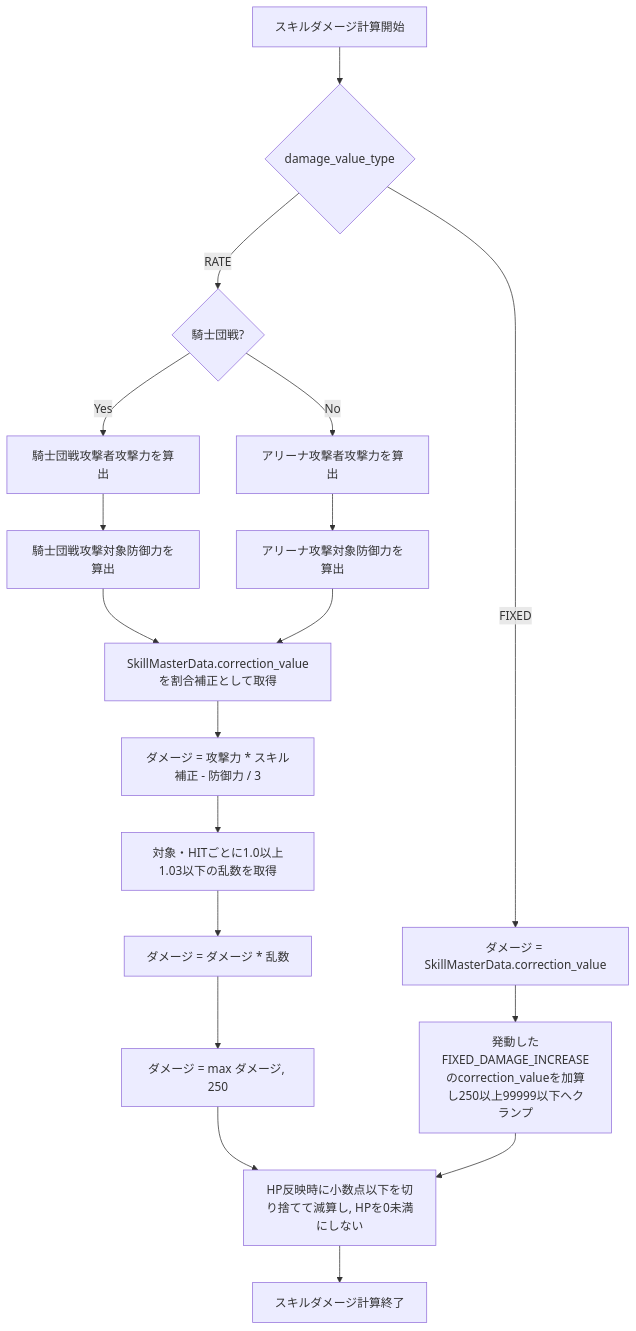
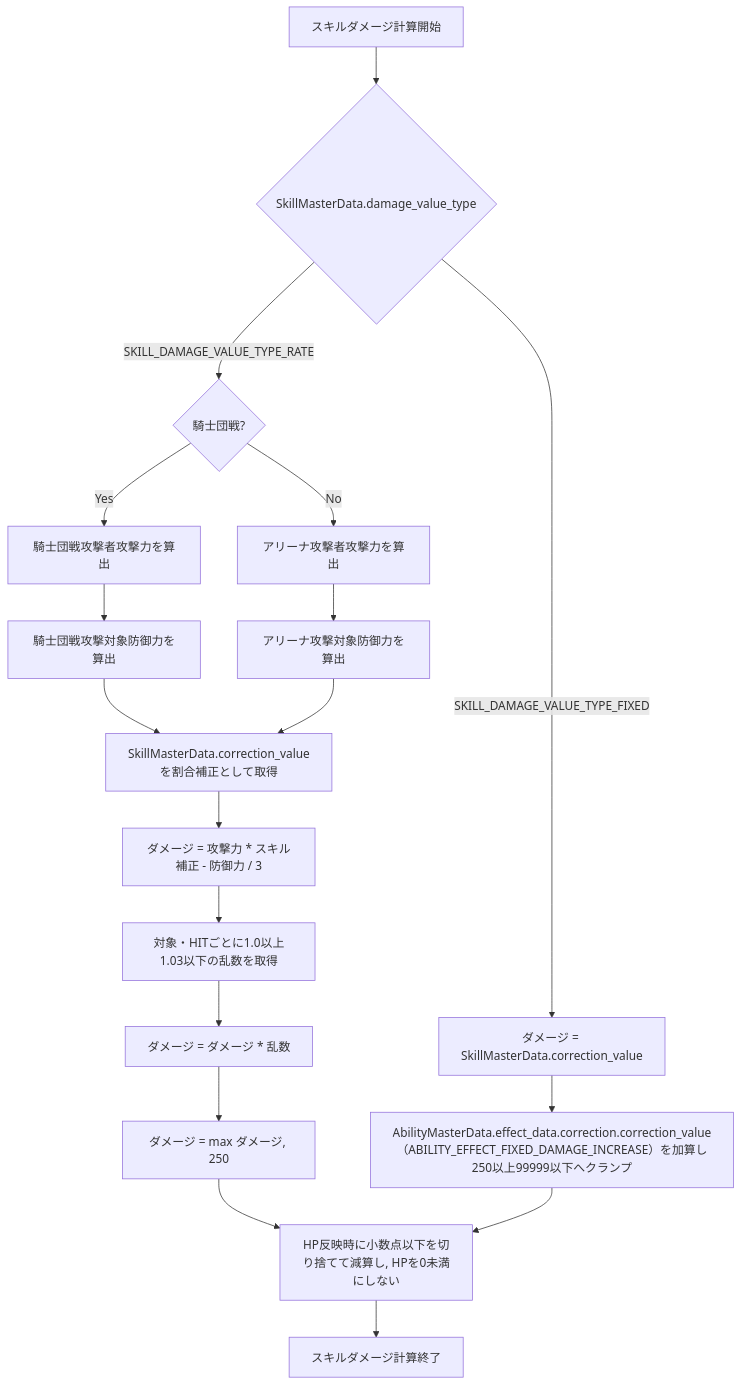
Before and after one commit to ReHydrangeaOdyssey/Specifications: the fourth of 5 diagrams in design/game/battle.md, drawn with Mermaid. The commit also changed other lines of this file and 12 other files, not shown here.

Commit message:
図などの名称の統一

````diff
--- a/design/game/battle.md
+++ b/design/game/battle.md
@@ -124,26 +124,26 @@
 ```mermaid
 flowchart TD;
     Start[スキルダメージ計算開始];
-    DamageType{damage_value_type};
+    DamageType{SkillMasterData.damage_value_type};
     Mode{騎士団戦?};
     GuildAttack[騎士団戦攻撃者攻撃力を算出];
     GuildDefense[騎士団戦攻撃対象防御力を算出];
     ArenaAttack[アリーナ攻撃者攻撃力を算出];
     ArenaDefense[アリーナ攻撃対象防御力を算出];
     Correction[SkillMasterData.correction_valueを割合補正として取得];
     Base[ダメージ = 攻撃力 * スキル補正 - 防御力 / 3];
     Random[対象・HITごとに1.0以上1.03以下の乱数を取得];
     RandomDamage[ダメージ = ダメージ * 乱数];
     Min[ダメージ = max ダメージ, 250];
     Fixed[ダメージ = SkillMasterData.correction_value];
-    FixedIncrease[発動したFIXED_DAMAGE_INCREASEのcorrection_valueを加算し250以上99999以下へクランプ];
+    FixedIncrease[AbilityMasterData.effect_data.correction.correction_value（ABILITY_EFFECT_FIXED_DAMAGE_INCREASE）を加算し250以上99999以下へクランプ];
     Apply[HP反映時に小数点以下を切り捨てて減算し, HPを0未満にしない];
     End[スキルダメージ計算終了];
 
     Start --> DamageType;
-    DamageType -- RATE --> Mode;
+    DamageType -- SKILL_DAMAGE_VALUE_TYPE_RATE --> Mode;
     Mode -- Yes --> GuildAttack --> GuildDefense --> Correction;
     Mode -- No --> ArenaAttack --> ArenaDefense --> Correction;
     Correction --> Base --> Random --> RandomDamage --> Min --> Apply --> End;
-    DamageType -- FIXED --> Fixed --> FixedIncrease --> Apply;
+    DamageType -- SKILL_DAMAGE_VALUE_TYPE_FIXED --> Fixed --> FixedIncrease --> Apply;
 ```
````
